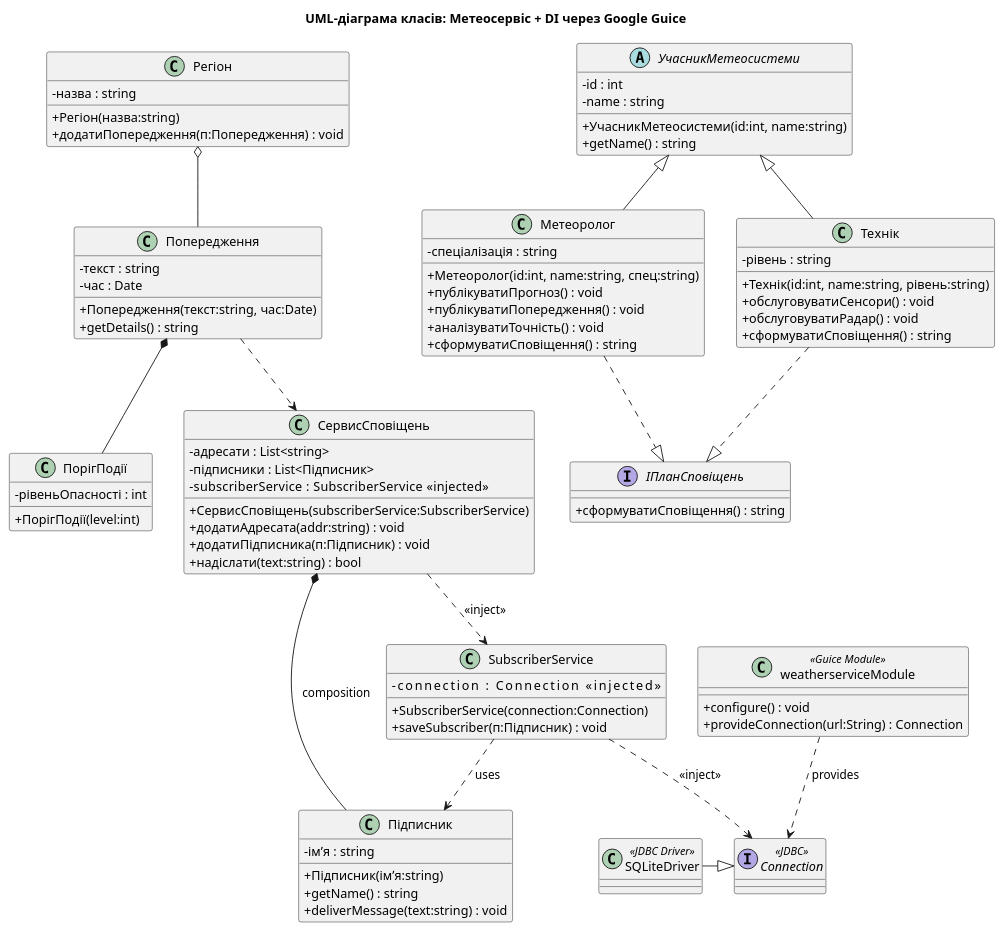
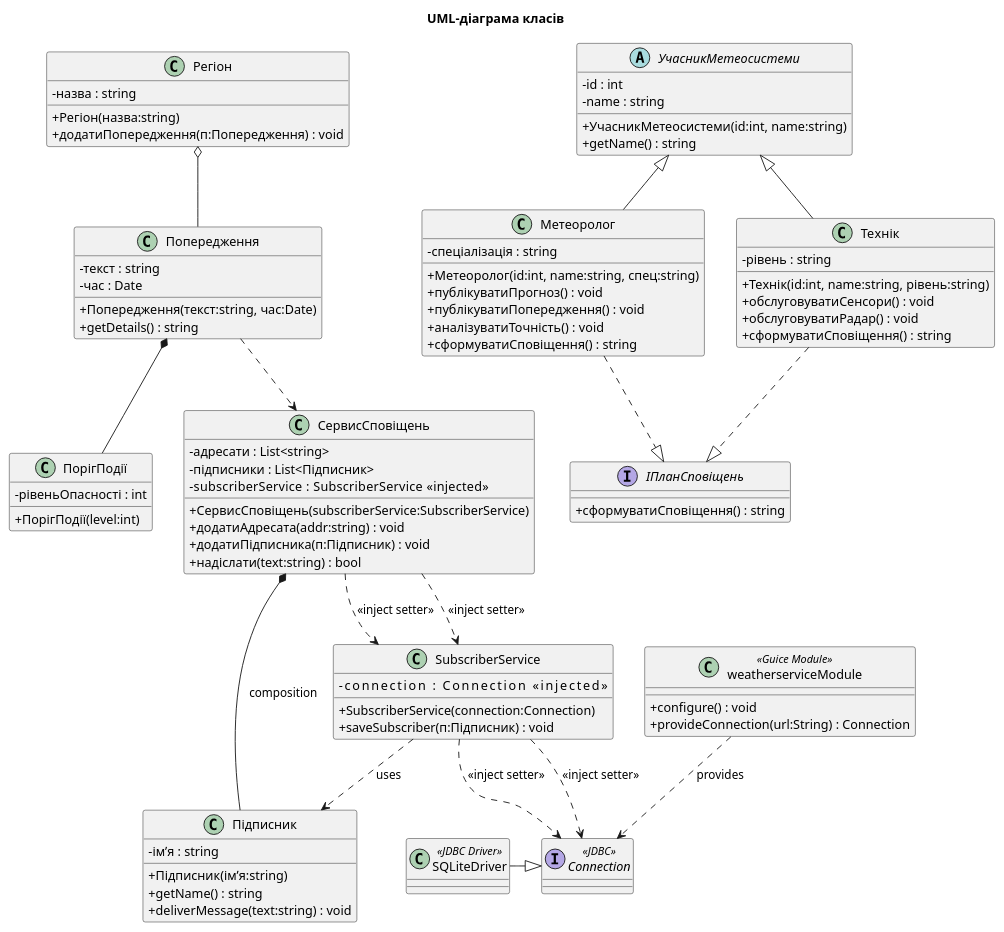
Before and after one commit to Maksim2211/Pr2_OOP: the diagram in docs/class.puml, drawn with PlantUML. The commit also changed 22 other files, not shown here.

Commit message:
Робота з базою даних із використанням впровадження залежностей через setter-метод класу

```diff
--- a/docs/class.puml
+++ b/docs/class.puml
@@ -1,129 +1,134 @@
 @startuml
-title UML-діаграма класів: Метеосервіс + DI через Google Guice
-
+title UML-діаграма класів
 skinparam classAttributeIconSize 0
 
 ' --------------------------------------
 '        ІСНУЮЧІ КЛАСИ
 ' --------------------------------------
 
 abstract class УчасникМетеосистеми {
   - id : int
   - name : string
   + УчасникМетеосистеми(id:int, name:string)
   + getName() : string
 }
 
 interface IПланСповіщень {
   + сформуватиСповіщення() : string
 }
 
 class Метеоролог {
   - спеціалізація : string
   + Метеоролог(id:int, name:string, спец:string)
   + публікуватиПрогноз() : void
   + публікуватиПопередження() : void
   + аналізуватиТочність() : void
   + сформуватиСповіщення() : string
 }
 
 class Технік {
   - рівень : string
   + Технік(id:int, name:string, рівень:string)
   + обслуговуватиСенсори() : void
   + обслуговуватиРадар() : void
   + сформуватиСповіщення() : string
 }
 
 class Попередження {
   - текст : string
   - час : Date
   + Попередження(текст:string, час:Date)
   + getDetails() : string
 }
 
 class ПорігПодії {
   - рівеньОпасності : int
   + ПорігПодії(level:int)
 }
 
 class Регіон {
   - назва : string
   + Регіон(назва:string)
   + додатиПопередження(п:Попередження) : void
 }
 
 ' --------------------------------------
 '     НОВІ КЛАСИ ДЛЯ DI (2.10)
 ' --------------------------------------
 
 class Підписник {
   - імʼя : string
   + Підписник(імʼя:string)
   + getName() : string
   + deliverMessage(text:string) : void
 }
 
 class СервисСповіщень {
   - адресати : List<string>
   - підписники : List<Підписник>
   - subscriberService : SubscriberService     <<injected>>
   + СервисСповіщень(subscriberService:SubscriberService)
   + додатиАдресата(addr:string) : void
   + додатиПідписника(п:Підписник) : void
   + надіслати(text:string) : bool
 }
 
+' Додаємо setter injection
+СервисСповіщень ..> SubscriberService : <<inject setter>>
+
 class SubscriberService {
   - connection : Connection                   <<injected>>
   + SubscriberService(connection:Connection)
   + saveSubscriber(п:Підписник) : void
 }
+
+' Додаємо setter injection
+SubscriberService ..> Connection : <<inject setter>>
 
 class weatherserviceModule <<Guice Module>> {
   + configure() : void
   + provideConnection(url:String) : Connection
 }
 
 interface Connection <<JDBC>> {
 }
 
 class SQLiteDriver <<JDBC Driver>> {
 }
 
 
 ' --------------------------------------
 '           ЗВ’ЯЗКИ
 ' --------------------------------------
 
 ' Наслідування
 УчасникМетеосистеми <|-- Метеоролог
 УчасникМетеосистеми <|-- Технік
 
 ' Реалізація інтерфейсу
 Метеоролог ..|> IПланСповіщень
 Технік ..|> IПланСповіщень
 
 ' Композиції
 Регіон o-- Попередження
 Попередження *-- ПорігПодії
 
 ' Композиція: СервісСповіщень володіє Підписниками
 СервисСповіщень *-- Підписник : composition
 
 ' DI залежності
-СервисСповіщень ..> SubscriberService : <<inject>>
-SubscriberService ..> Connection : <<inject>>
+СервисСповіщень ..> SubscriberService : <<inject setter>>
+SubscriberService ..> Connection : <<inject setter>>
 
 ' SubscriberService використовує Підписник
 SubscriberService ..> Підписник : uses
 
 ' weatherserviceModule надає Connection
 weatherserviceModule ..> Connection : provides
 
 ' JDBC driver implements Connection
 SQLiteDriver -|> Connection
 
 ' Попередження використовує СервісСповіщень
 Попередження ..> СервисСповіщень
 @enduml
```
